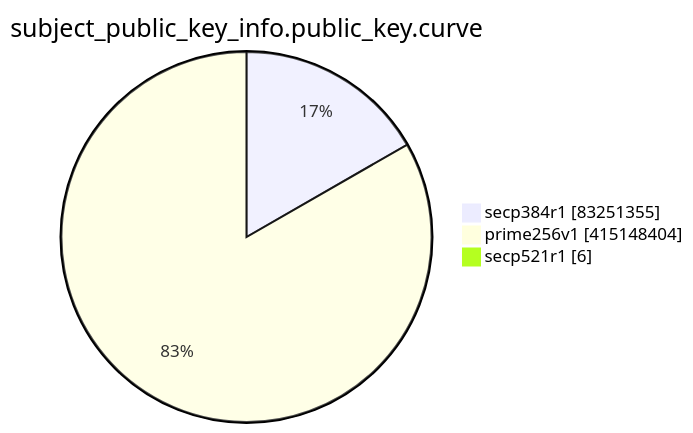
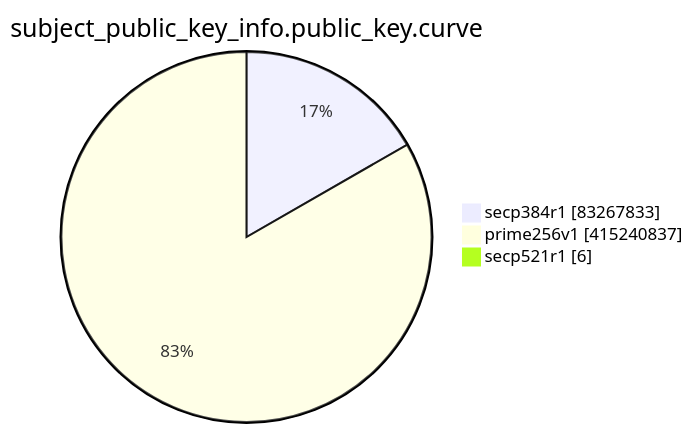
Before and after one commit to christiankrug/ctmonitor_visualization: the eighth of 15 diagrams in TOTAL/README.md, drawn with Mermaid. The commit also changed other lines of this file, not shown here.

````diff
--- a/TOTAL/README.md
+++ b/TOTAL/README.md
@@ -3098,7 +3098,7 @@
 ```mermaid
 pie showData
 title subject_public_key_info.public_key.curve
-"secp384r1" :83251355
-"prime256v1" :415148404
+"secp384r1" :83267833
+"prime256v1" :415240837
 "secp521r1" :6
 ```
````
